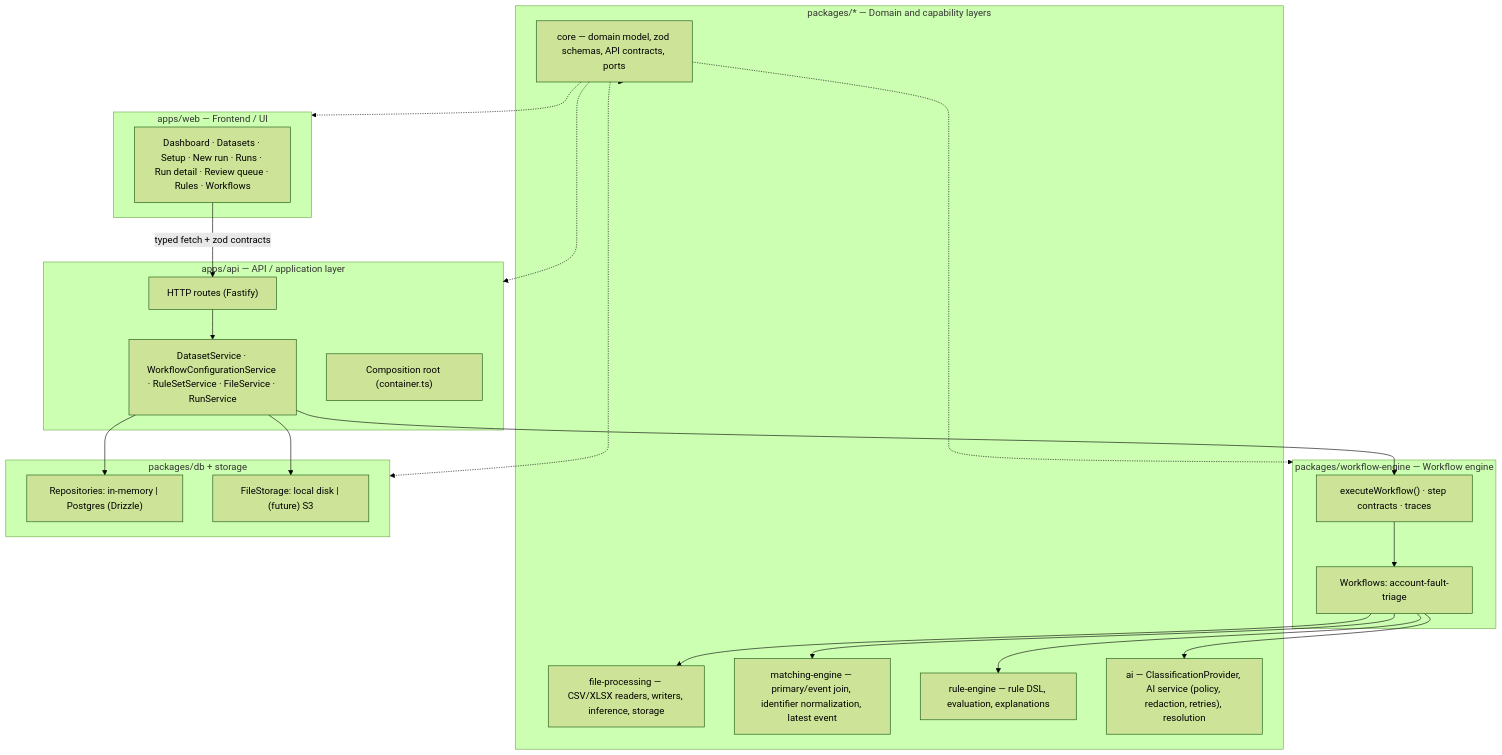
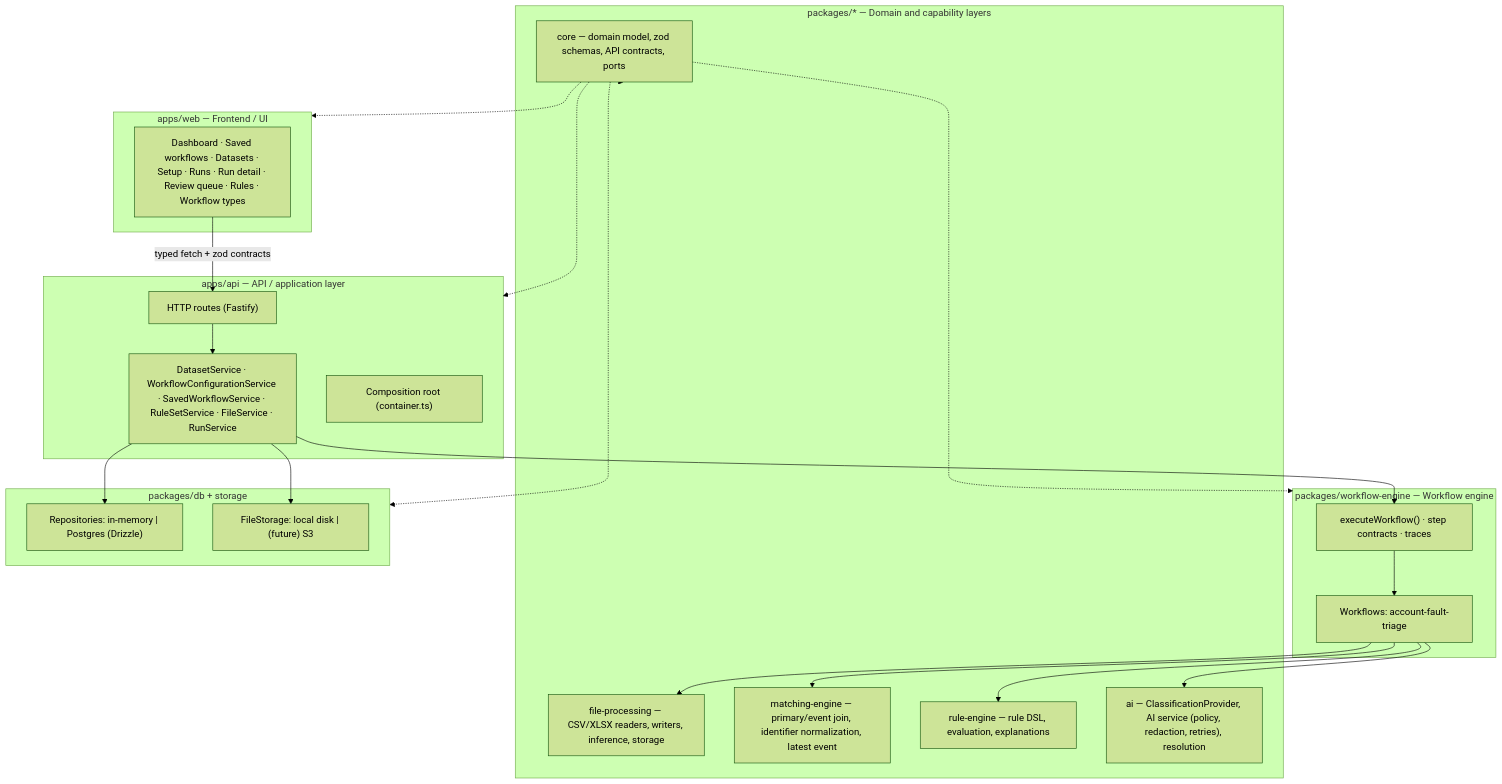
Before and after one commit to JustABeing00/Sheetpilot: the diagram in docs/architecture.md, drawn with Mermaid (forest theme). The commit also changed other lines of this file and 29 other files, not shown here.

Commit message:
Product session 9: saved workflows & the daily-report experience

````diff
--- a/docs/architecture.md
+++ b/docs/architecture.md
@@ -14,46 +14,46 @@
 ```mermaid
 flowchart TB
   subgraph UI["apps/web — Frontend / UI"]
-    pages["Dashboard · Datasets · Setup · New run · Runs · Run detail · Review queue · Rules · Workflows"]
+    pages["Dashboard · Saved workflows · Datasets · Setup · Runs · Run detail · Review queue · Rules · Workflow types"]
   end
 
   subgraph API["apps/api — API / application layer"]
     routes["HTTP routes (Fastify)"]
-    services["DatasetService · WorkflowConfigurationService · RuleSetService · FileService · RunService"]
+    services["DatasetService · WorkflowConfigurationService · SavedWorkflowService · RuleSetService · FileService · RunService"]
     container["Composition root (container.ts)"]
   end
 
   subgraph ENGINE["packages/workflow-engine — Workflow engine"]
     runner["executeWorkflow() · step contracts · traces"]
     wf["Workflows: account-fault-triage"]
   end
 
   subgraph DOMAIN["packages/* — Domain and capability layers"]
     core["core — domain model, zod schemas, API contracts, ports"]
     files["file-processing — CSV/XLSX readers, writers, inference, storage"]
     match["matching-engine — primary/event join, identifier normalization, latest event"]
     rules["rule-engine — rule DSL, evaluation, explanations"]
     ai["ai — ClassificationProvider, AI service (policy, redaction, retries), resolution"]
   end
 
   subgraph DATA["packages/db + storage"]
     repos["Repositories: in-memory | Postgres (Drizzle)"]
     store["FileStorage: local disk | (future) S3"]
   end
 
   pages -->|"typed fetch + zod contracts"| routes
   routes --> services
   services --> runner
   runner --> wf
   wf --> files
   wf --> match
   wf --> rules
   wf --> ai
   services --> repos
   services --> store
   core -.-> UI
   core -.-> API
   core -.-> ENGINE
   core -.-> DOMAIN
   core -.-> DATA
 ```
````
